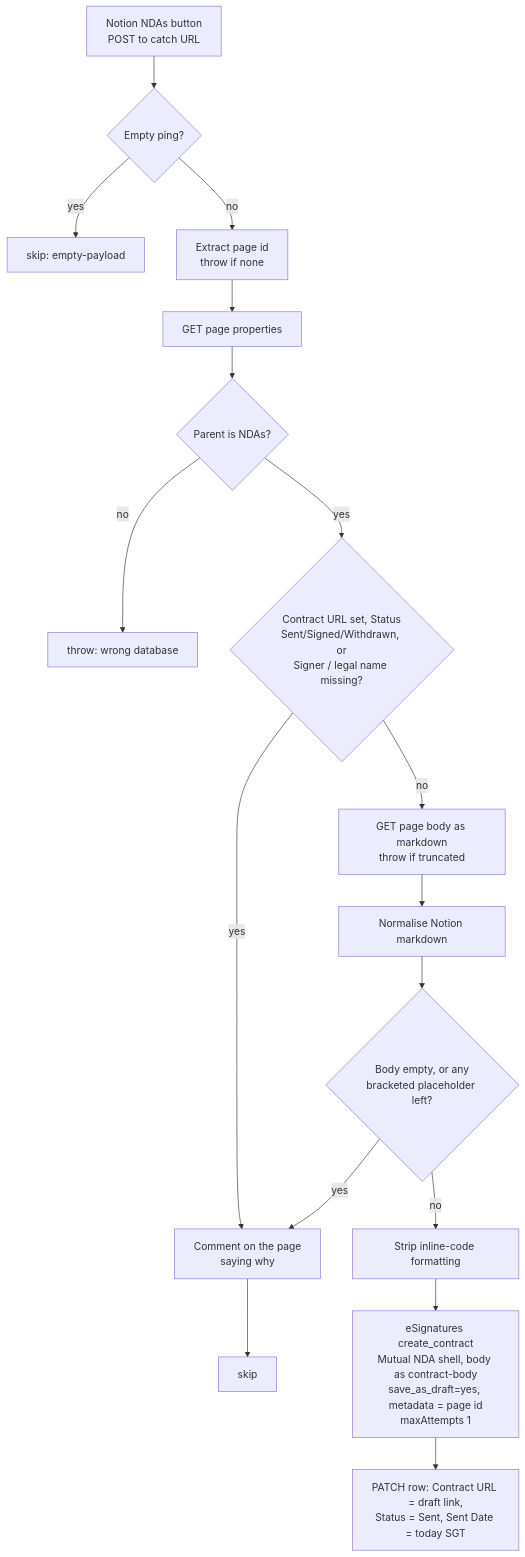
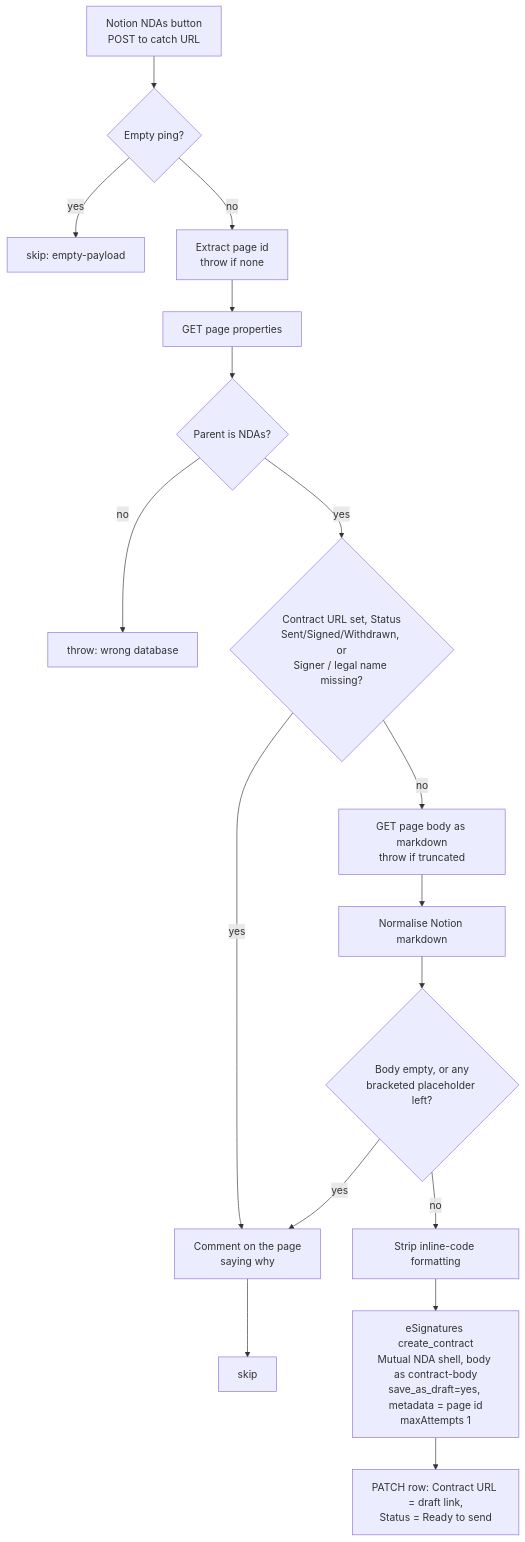
Before and after one commit to work-flowers/zapier-sdk: the diagram in notion-nda-to-esignatures-draft/README.md, drawn with Mermaid. The commit also changed other lines of this file and 3 other files, not shown here.

First line of the commit message:
notion-nda-to-esignatures-draft: set Status to Ready to send on draft

````diff
--- a/notion-nda-to-esignatures-draft/README.md
+++ b/notion-nda-to-esignatures-draft/README.md
@@ -26,18 +26,18 @@
 ```mermaid
 flowchart TD
     A[Notion NDAs button<br/>POST to catch URL] --> B{Empty ping?}
     B -- yes --> Z1[skip: empty-payload]
     B -- no --> C[Extract page id<br/>throw if none]
     C --> D[GET page properties]
     D --> E{Parent is NDAs?}
     E -- no --> Z2[throw: wrong database]
     E -- yes --> F{Contract URL set, Status<br/>Sent/Signed/Withdrawn, or<br/>Signer / legal name missing?}
     F -- no --> G[GET page body as markdown<br/>throw if truncated]
     G --> H[Normalise Notion markdown]
     H --> I{Body empty, or any<br/>bracketed placeholder left?}
     F -- yes --> K[Comment on the page<br/>saying why] --> Z3[skip]
     I -- yes --> K
     I -- no --> J[Strip inline-code formatting]
     J --> L[eSignatures create_contract<br/>Mutual NDA shell, body as contract-body<br/>save_as_draft=yes, metadata = page id<br/>maxAttempts 1]
-    L --> M[PATCH row: Contract URL = draft link,<br/>Status = Sent, Sent Date = today SGT]
+    L --> M[PATCH row: Contract URL = draft link,<br/>Status = Ready to send]
 ```
````
